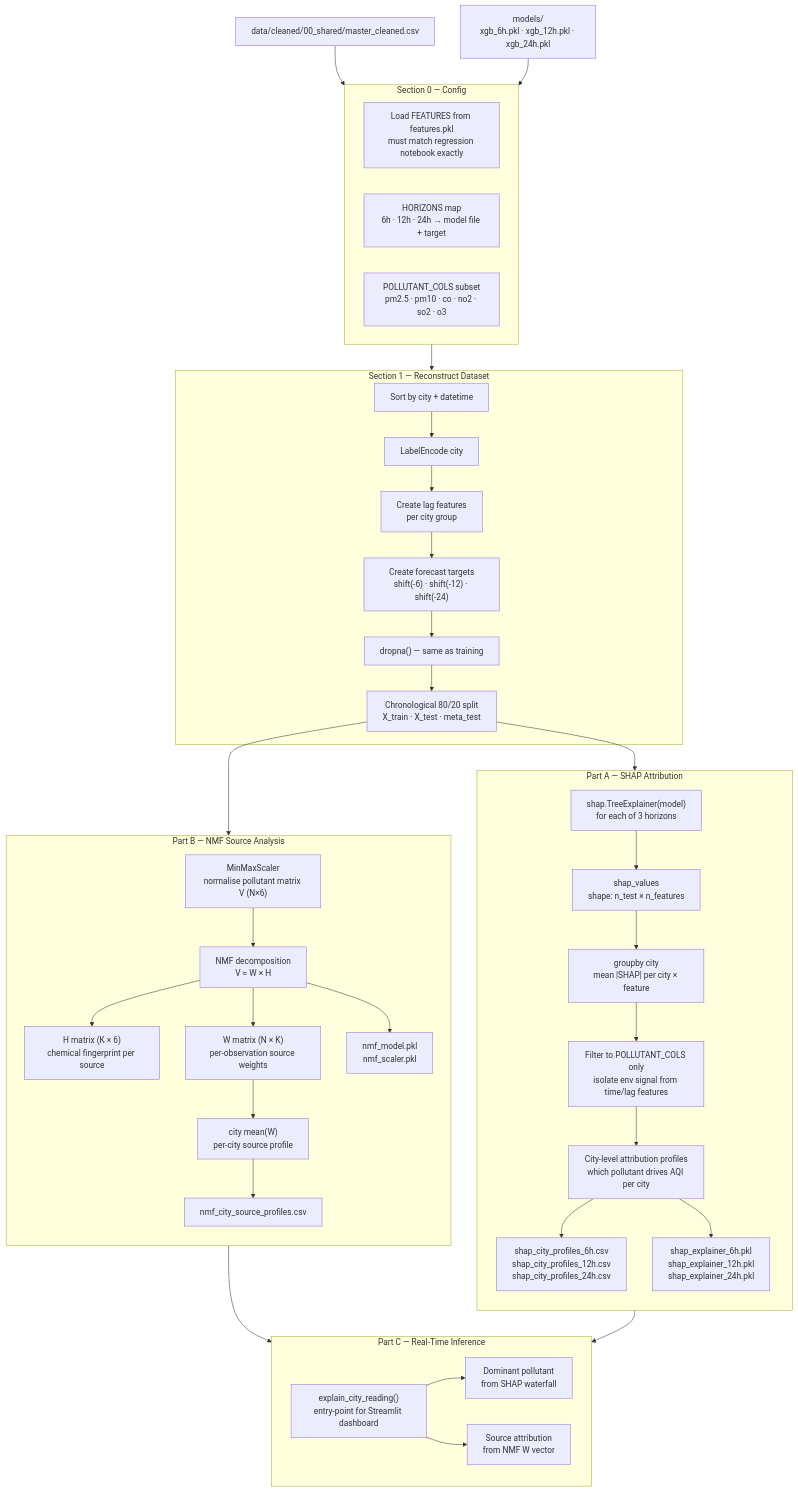
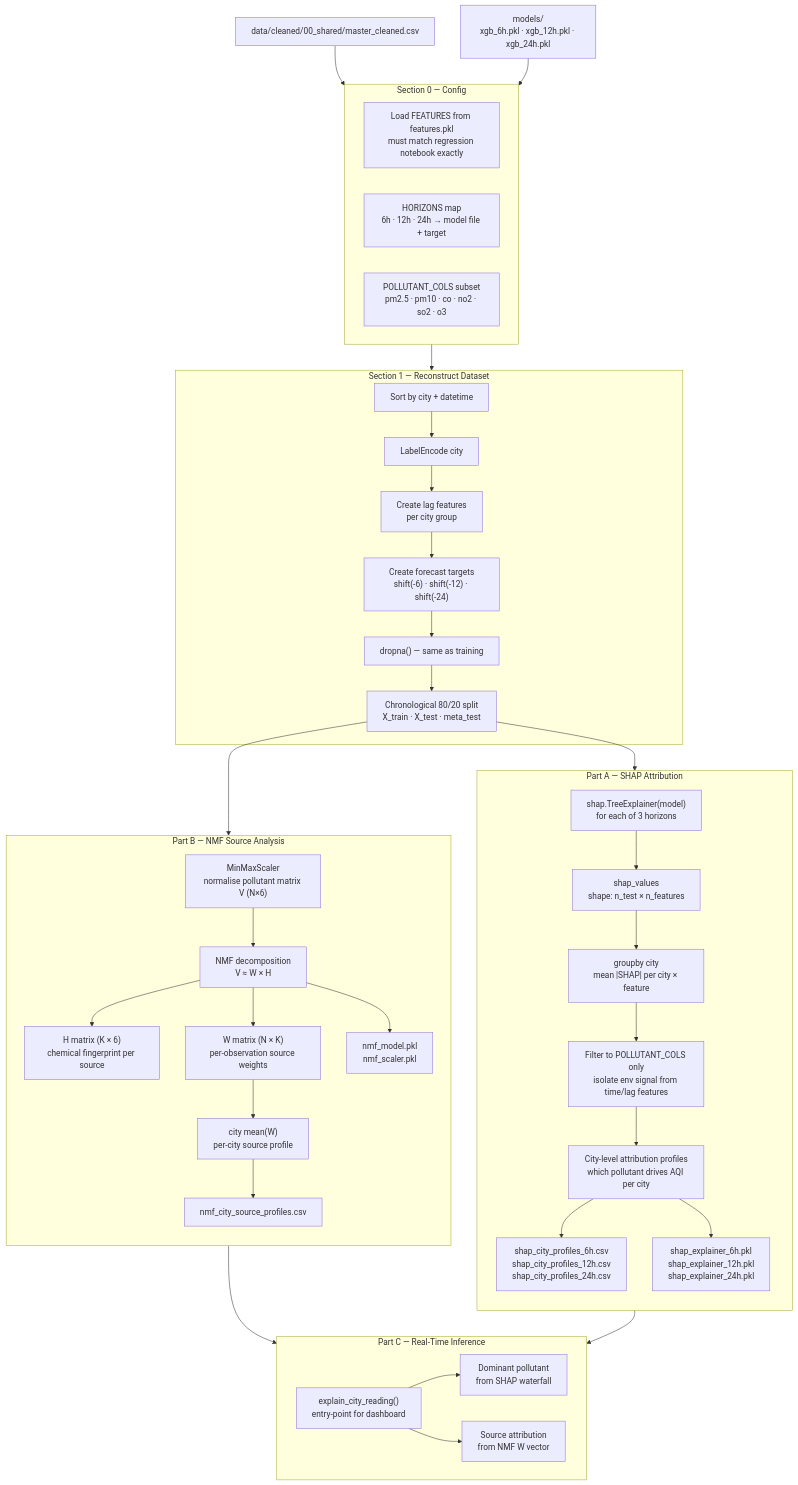
The first of 5 diagrams in docs/study/05_shap_nmf_pipeline.md (rachitgoyal14/vayu), drawn with Mermaid before and after one commit. The commit also changed 13 other files, not shown here.

````diff
--- a/docs/study/05_shap_nmf_pipeline.md
+++ b/docs/study/05_shap_nmf_pipeline.md
@@ -7,63 +7,63 @@
 ```mermaid
 flowchart TD
     MODELS_IN["models/\nxgb_6h.pkl · xgb_12h.pkl · xgb_24h.pkl"]
     DATA_IN["data/cleaned/00_shared/master_cleaned.csv"]
 
     subgraph S0["Section 0 — Config"]
         LOAD_FEAT["Load FEATURES from features.pkl\nmust match regression notebook exactly"]
         HORIZONS["HORIZONS map\n6h · 12h · 24h → model file + target"]
         POLL_COLS["POLLUTANT_COLS subset\npm2.5 · pm10 · co · no2 · so2 · o3"]
     end
 
     subgraph S1["Section 1 — Reconstruct Dataset"]
         SORT["Sort by city + datetime"]
         ENCODE["LabelEncode city"]
         MAKE_LAGS["Create lag features\nper city group"]
         MAKE_TARGETS["Create forecast targets\nshift(-6) · shift(-12) · shift(-24)"]
         DROPNA["dropna() — same as training"]
         CHRONO_SPLIT["Chronological 80/20 split\nX_train · X_test · meta_test"]
     end
 
     subgraph PART_A["Part A — SHAP Attribution"]
         direction TB
         TREE_EXP["shap.TreeExplainer(model)\nfor each of 3 horizons"]
         SHAP_VALS["shap_values\nshape: n_test × n_features"]
         AGG["groupby city\nmean |SHAP| per city × feature"]
         POLL_FILTER["Filter to POLLUTANT_COLS only\nisolate env signal from time/lag features"]
         CITY_PROF["City-level attribution profiles\nwhich pollutant drives AQI per city"]
         SHAP_CSV["shap_city_profiles_6h.csv\nshap_city_profiles_12h.csv\nshap_city_profiles_24h.csv"]
         SHAP_PKL["shap_explainer_6h.pkl\nshap_explainer_12h.pkl\nshap_explainer_24h.pkl"]
     end
 
     subgraph PART_B["Part B — NMF Source Analysis"]
         direction TB
         MINMAX["MinMaxScaler\nnormalise pollutant matrix V (N×6)"]
         NMF_FIT["NMF decomposition\nV ≈ W × H"]
         H_MAT["H matrix (K × 6)\nchemical fingerprint per source"]
         W_MAT["W matrix (N × K)\nper-observation source weights"]
         CITY_MEAN["city mean(W)\nper-city source profile"]
         NMF_CSV["nmf_city_source_profiles.csv"]
         NMF_PKL["nmf_model.pkl\nnmf_scaler.pkl"]
     end
 
     subgraph PART_C["Part C — Real-Time Inference"]
-        INFER["explain_city_reading()\nentry-point for Streamlit dashboard"]
+        INFER["explain_city_reading()\nentry-point for dashboard"]
         DOM_POLL["Dominant pollutant\nfrom SHAP waterfall"]
         SOURCE_ATTR["Source attribution\nfrom NMF W vector"]
     end
 
     DATA_IN & MODELS_IN --> S0
     S0 --> S1
     SORT --> ENCODE --> MAKE_LAGS --> MAKE_TARGETS --> DROPNA --> CHRONO_SPLIT
     CHRONO_SPLIT --> PART_A
     CHRONO_SPLIT --> PART_B
     TREE_EXP --> SHAP_VALS --> AGG --> POLL_FILTER --> CITY_PROF
     CITY_PROF --> SHAP_CSV
     CITY_PROF --> SHAP_PKL
     MINMAX --> NMF_FIT
     NMF_FIT --> H_MAT & W_MAT
     W_MAT --> CITY_MEAN --> NMF_CSV
     NMF_FIT --> NMF_PKL
     SHAP_PKL & NMF_PKL --> PART_C
     INFER --> DOM_POLL & SOURCE_ATTR
 ```
````
